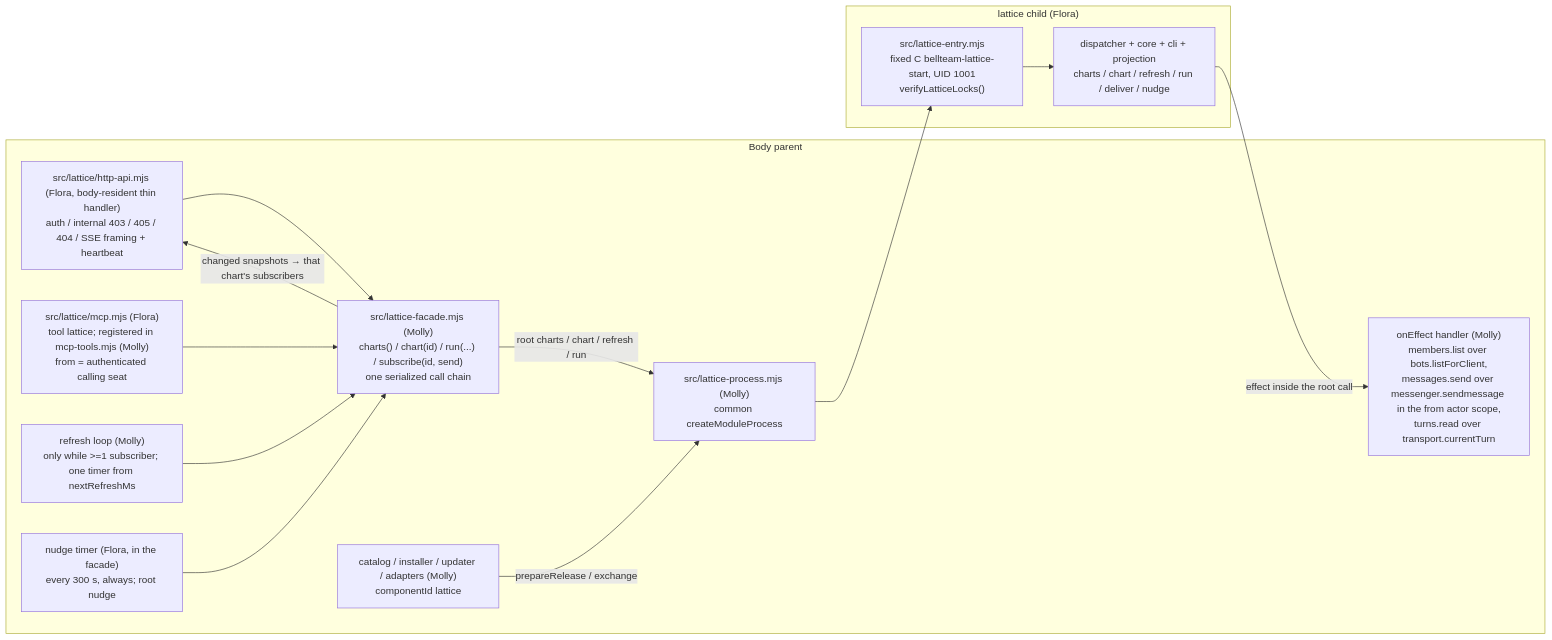
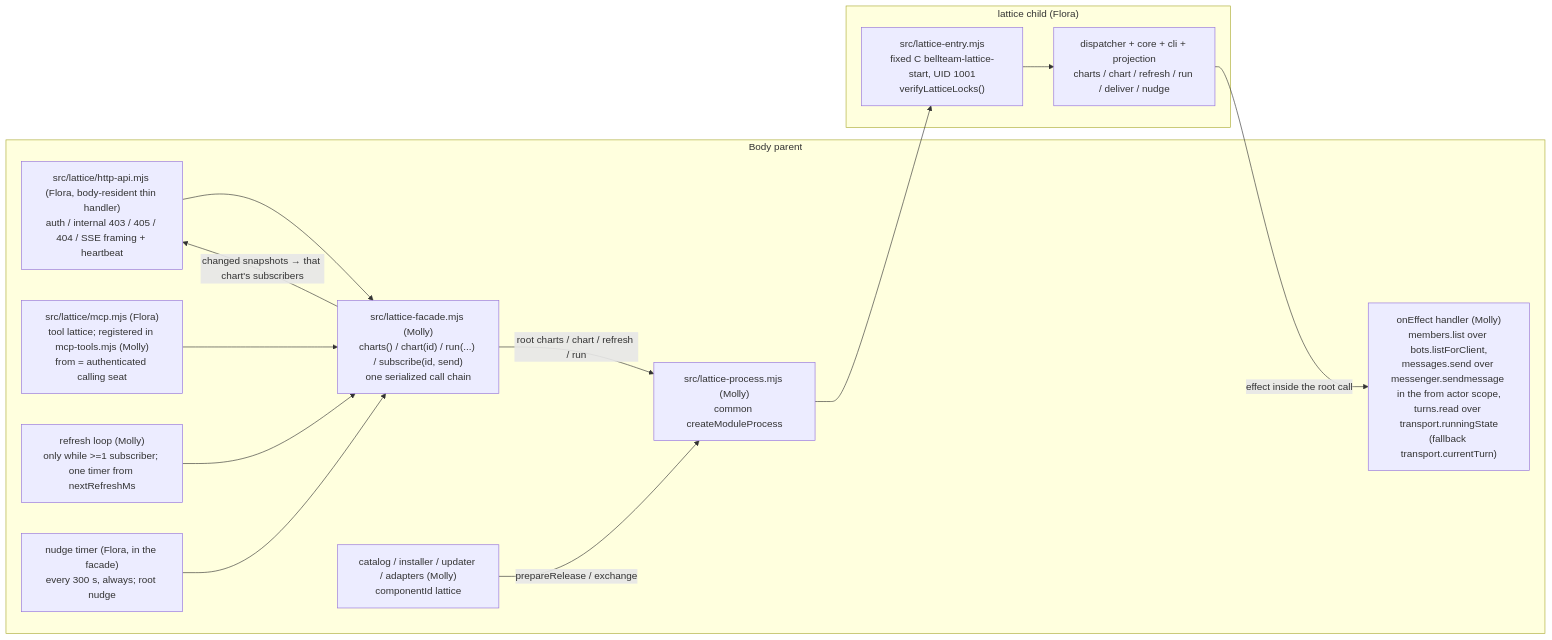
Before and after one commit to kitepon/BellTeam: the diagram in docs/architecture/modules/runtime/lattice-child.md, drawn with Mermaid. The commit also changed other lines of this file and 10 other files, not shown here.

````diff
--- a/docs/architecture/modules/runtime/lattice-child.md
+++ b/docs/architecture/modules/runtime/lattice-child.md
@@ -7,26 +7,26 @@
 ```mermaid
 flowchart LR
   subgraph Parent["Body parent"]
     Route["src/lattice/http-api.mjs (Flora, body-resident thin handler)<br/>auth / internal 403 / 405 / 404 / SSE framing + heartbeat"]
     Tool["src/lattice/mcp.mjs (Flora)<br/>tool lattice; registered in mcp-tools.mjs (Molly)<br/>from = authenticated calling seat"]
     Facade["src/lattice-facade.mjs (Molly)<br/>charts() / chart(id) / run(...) / subscribe(id, send)<br/>one serialized call chain"]
     Loop["refresh loop (Molly)<br/>only while >=1 subscriber; one timer from nextRefreshMs"]
     Nudge["nudge timer (Flora, in the facade)<br/>every 300 s, always; root nudge"]
     Proc["src/lattice-process.mjs (Molly)<br/>common createModuleProcess"]
-    Ports["onEffect handler (Molly)<br/>members.list over bots.listForClient,<br/>messages.send over messenger.sendmessage in the from actor scope,<br/>turns.read over transport.currentTurn"]
+    Ports["onEffect handler (Molly)<br/>members.list over bots.listForClient,<br/>messages.send over messenger.sendmessage in the from actor scope,<br/>turns.read over transport.runningState<br/>(fallback transport.currentTurn)"]
     Update["catalog / installer / updater / adapters (Molly)<br/>componentId lattice"]
   end
   subgraph Child["lattice child (Flora)"]
     Entry["src/lattice-entry.mjs<br/>fixed C bellteam-lattice-start, UID 1001<br/>verifyLatticeLocks()"]
     Disp["dispatcher + core + cli + projection<br/>charts / chart / refresh / run / deliver / nudge"]
   end
   Route --> Facade
   Tool --> Facade
   Loop --> Facade
   Nudge --> Facade
   Facade -->|"root charts / chart / refresh / run"| Proc
   Proc --> Entry --> Disp
   Disp -->|"effect inside the root call"| Ports
   Facade -->|"changed snapshots → that chart's subscribers"| Route
   Update -->|"prepareRelease / exchange"| Proc
 ```
````
